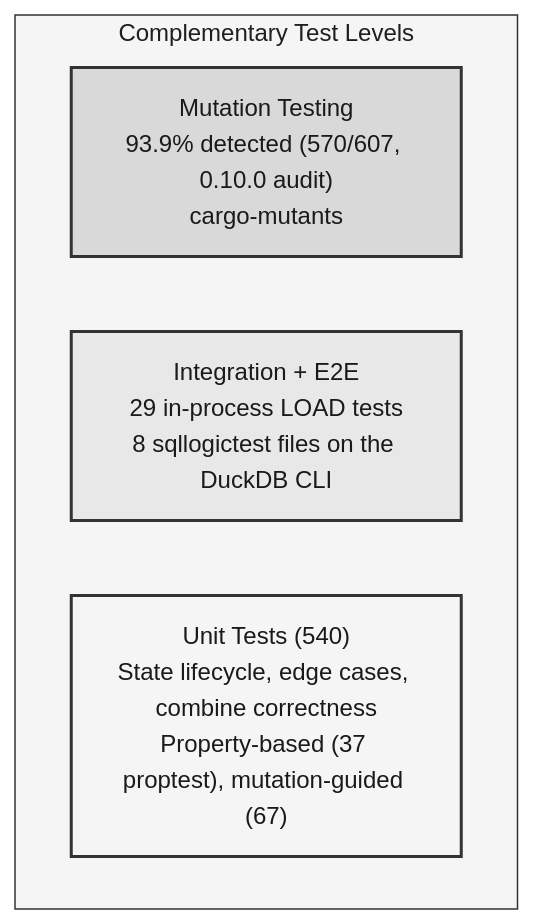
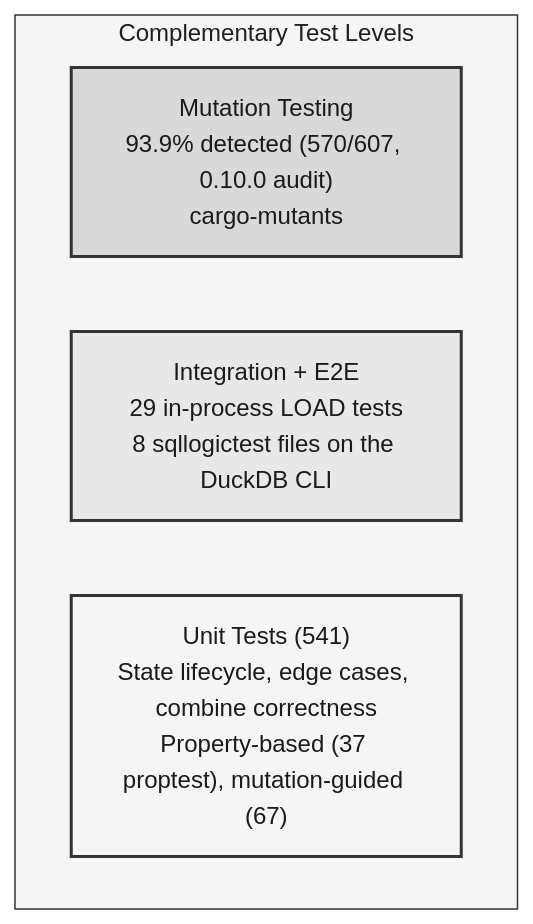
Before and after one commit to tomtom215/duckdb-behavioral: the second of 4 diagrams in docs/src/engineering.md, drawn with Mermaid. The commit also changed other lines of this file and 15 other files, not shown here.

````diff
--- a/docs/src/engineering.md
+++ b/docs/src/engineering.md
@@ -161,13 +161,13 @@
 ```mermaid
 %%{init: {'theme': 'base', 'themeVariables': {'primaryColor': '#ffffff', 'primaryTextColor': '#1a1a1a', 'primaryBorderColor': '#333333', 'lineColor': '#333333', 'secondaryColor': '#f5f5f5', 'tertiaryColor': '#e0e0e0', 'textColor': '#1a1a1a', 'clusterBkg': '#f5f5f5', 'clusterBorder': '#333333'}}}%%
 graph TB
     subgraph "Complementary Test Levels"
         L3["Mutation Testing<br/>93.9% detected (570/607, 0.10.0 audit)<br/>cargo-mutants"]
         L2["Integration + E2E<br/>29 in-process LOAD tests<br/>8 sqllogictest files on the DuckDB CLI"]
-        L1["Unit Tests (540)<br/>State lifecycle, edge cases, combine correctness<br/>Property-based (37 proptest), mutation-guided (67)"]
+        L1["Unit Tests (541)<br/>State lifecycle, edge cases, combine correctness<br/>Property-based (37 proptest), mutation-guided (67)"]
     end
 
     style L1 fill:#f5f5f5,stroke:#333333,stroke-width:2px,color:#1a1a1a
     style L2 fill:#e8e8e8,stroke:#333333,stroke-width:2px,color:#1a1a1a
     style L3 fill:#d9d9d9,stroke:#333333,stroke-width:2px,color:#1a1a1a
 ```
````
